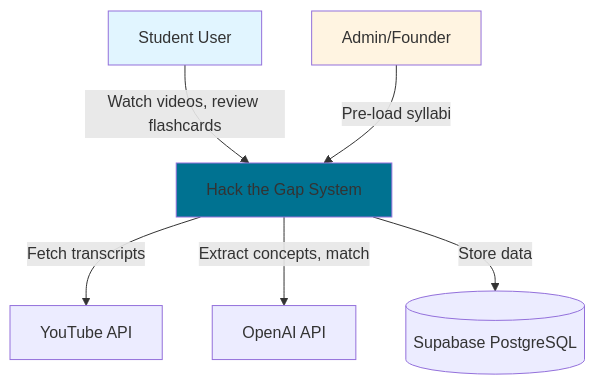
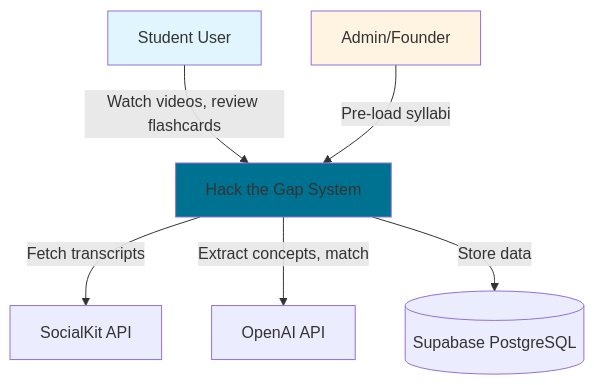
Before and after one commit to hugoganet/hack_the_gap: the first of 3 diagrams in documentation_starter_pack/docs/architecture.md, drawn with Mermaid. The commit also changed other lines of this file and 18 other files, not shown here.

````diff
--- a/documentation_starter_pack/docs/architecture.md
+++ b/documentation_starter_pack/docs/architecture.md
@@ -27,22 +27,22 @@
 ```mermaid
 flowchart TB
     Student[Student User]
     Admin[Admin/Founder]
     
     System[Hack the Gap System]
     
-    YouTube[YouTube API]
+    SocialKit[SocialKit API]
     OpenAI[OpenAI API]
     Supabase[(Supabase PostgreSQL)]
     
     Student -->|Watch videos, review flashcards| System
     Admin -->|Pre-load syllabi| System
     
-    System -->|Fetch transcripts| YouTube
+    System -->|Fetch transcripts| SocialKit
     System -->|Extract concepts, match| OpenAI
     System -->|Store data| Supabase
     
     style System fill:#007291
     style Student fill:#e1f5ff
     style Admin fill:#fff4e1
 ```
````
